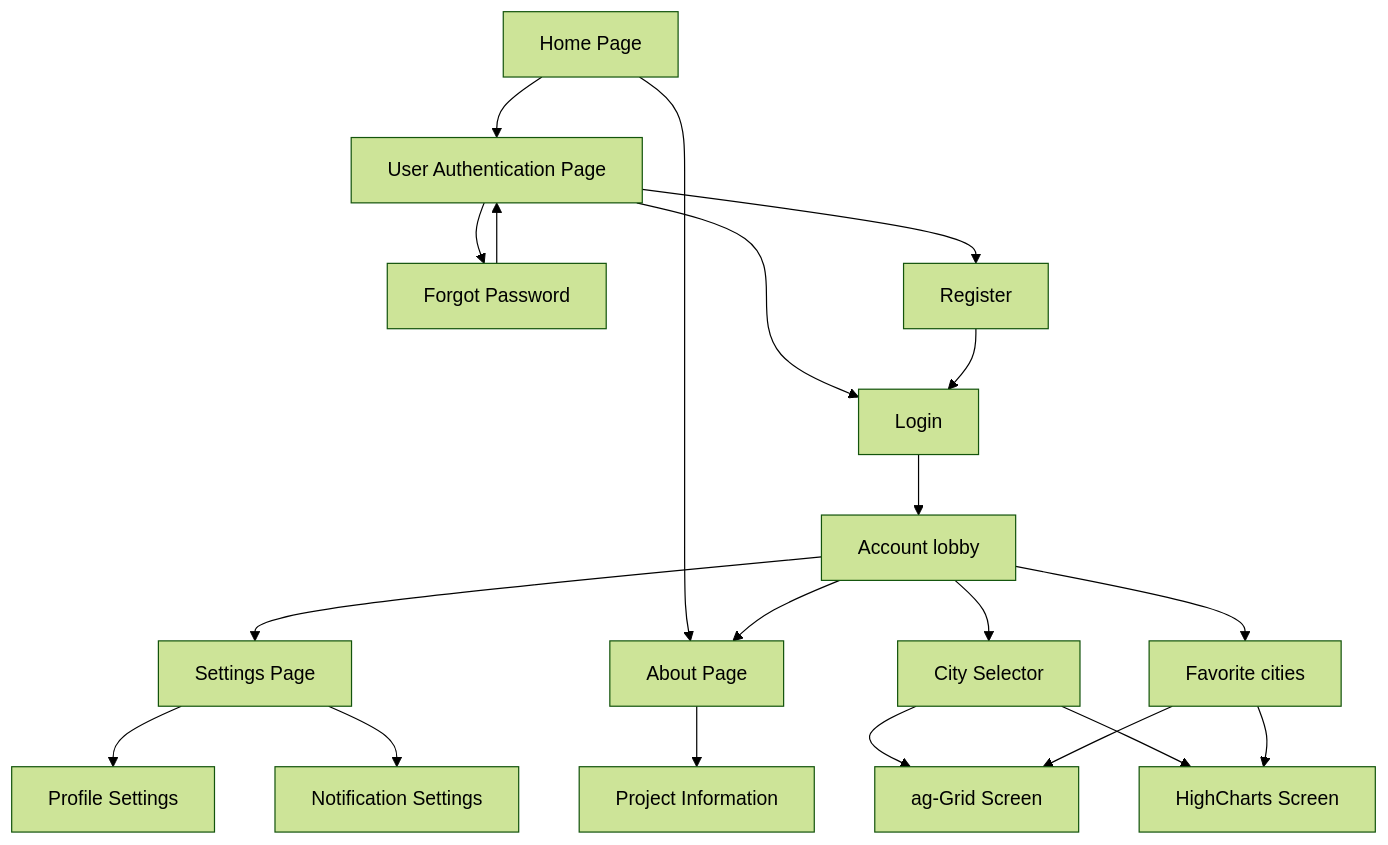
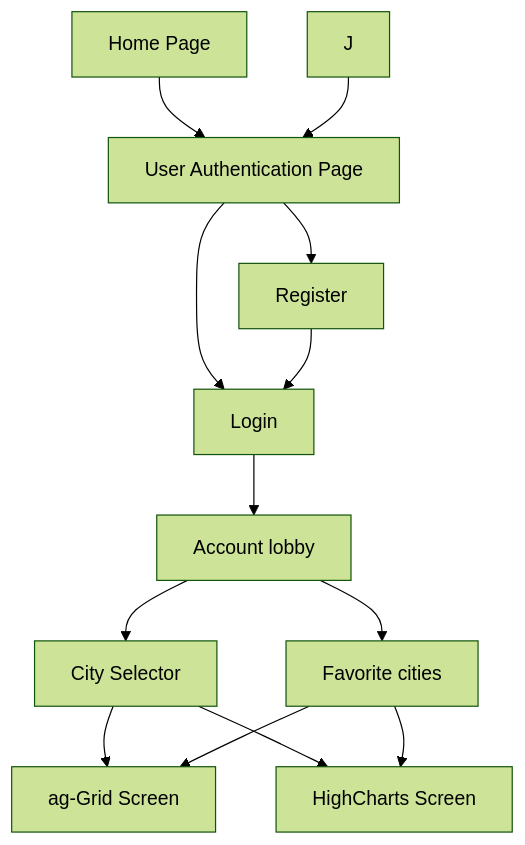
One commit to MarcMonin/Node-Angular-Project changed the diagram in README.md. Above: the diagram before and after it, drawn with Mermaid (forest theme). The commit also changed other lines of this file, not shown here.

````diff
--- a/README.md
+++ b/README.md
@@ -37,22 +37,15 @@
 ```mermaid
 graph TD
     A[Home Page] --> C[User Authentication Page]
     H --> B[Account lobby]
     J --> C
-    A --> E[About Page]
     O --> F[ag-Grid Screen]
     M --> F
     O --> G[HighCharts Screen]
     M --> G
     C --> H[Login]
     C --> I[Register]
-    C --> J[Forgot Password]
-    D --> K[Profile Settings]
-    D --> L[Notification Settings]
-    E --> N[Project Information]
     I --> H
-    B --> D[Settings Page]
-    B --> E
     B --> O[City Selector]
     B --> M[Favorite cities]
 ```
````
